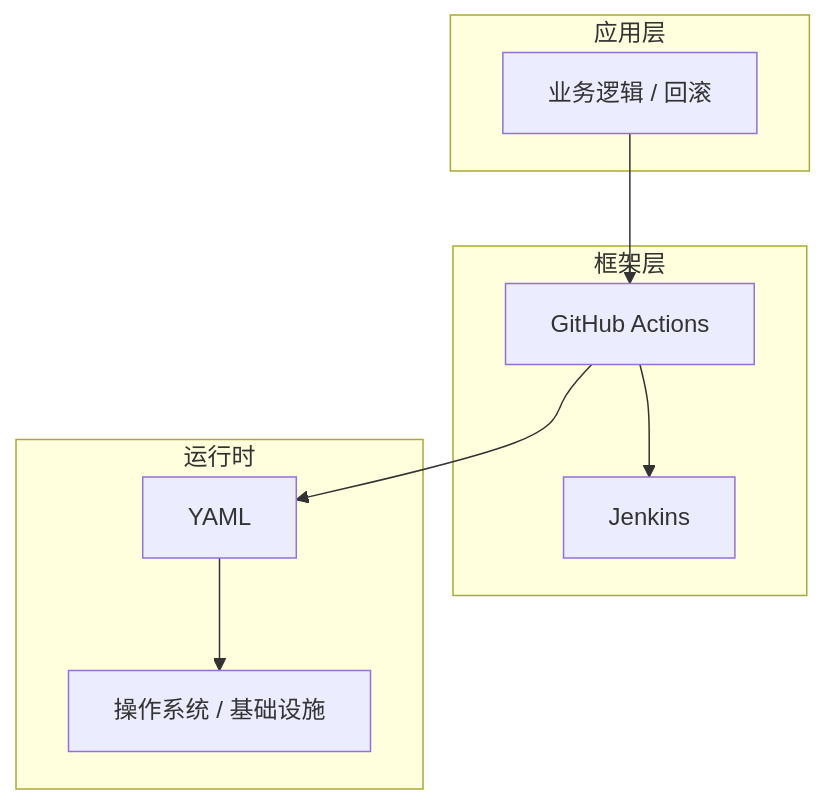
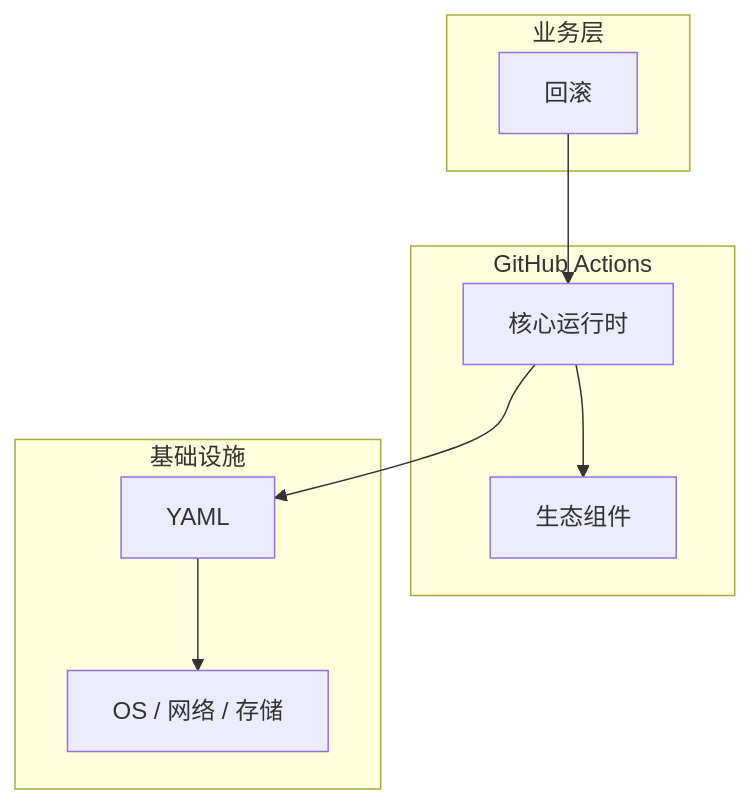
One commit to yanggan2015/knowledge-json-v2 changed the diagram in articles/CI与CD/chapters/066-回滚核心概念与原理.md. Above: the diagram before and after it, drawn with Mermaid. The commit also changed other lines of this file and 10127 other files, not shown here.

````diff
--- a/articles/CI与CD/chapters/066-回滚核心概念与原理.md
+++ b/articles/CI与CD/chapters/066-回滚核心概念与原理.md
@@ -45,18 +34,18 @@
 ```mermaid
 graph TB
-    subgraph 应用层
-        A[业务逻辑 / 回滚]
+    subgraph 业务层
+        A[回滚]
     end
-    subgraph 框架层
-        B[GitHub Actions]
-        C[Jenkins]
+    subgraph GitHub Actions
+        B[核心运行时]
+        C[生态组件]
     end
-    subgraph 运行时
+    subgraph 基础设施
         D[YAML]
-        E[操作系统 / 基础设施]
+        E[OS / 网络 / 存储]
     end
     A --> B
     B --> C
     B --> D
     D --> E
 ```
````
